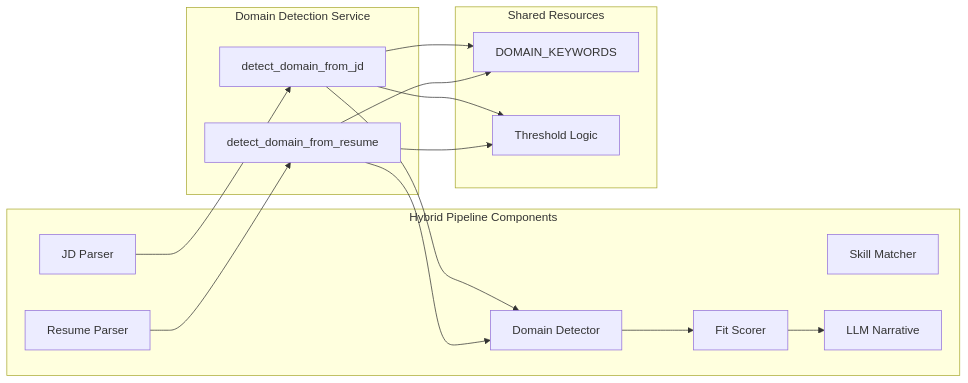
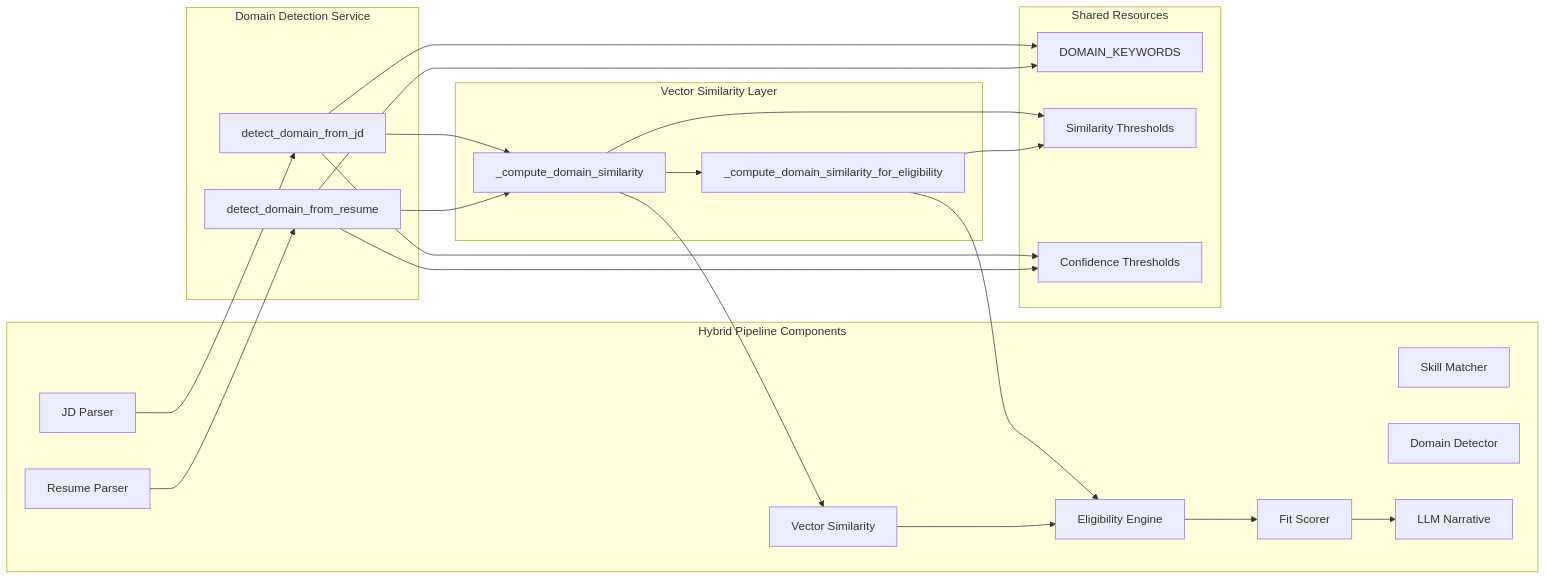
One commit to Revanththetalogics/aireume changed the fifth of 6 diagrams in .qoder/repowiki/en/content/Analysis Engine/Domain Detection Service.md. Above: the diagram before and after it, drawn with Mermaid. The commit also changed other lines of this file and 41 other files, not shown here.

````diff
--- a/.qoder/repowiki/en/content/Analysis Engine/Domain Detection Service.md
+++ b/.qoder/repowiki/en/content/Analysis Engine/Domain Detection Service.md
@@ -219,29 +265,42 @@
 ```mermaid
 graph LR
 subgraph "Hybrid Pipeline Components"
 HP1[JD Parser]
 HP2[Resume Parser]
 HP3[Skill Matcher]
 HP4[Domain Detector]
-HP5[Fit Scorer]
-HP6[LLM Narrative]
+HP5[Vector Similarity]
+HP6[Eligibility Engine]
+HP7[Fit Scorer]
+HP8[LLM Narrative]
 end
 subgraph "Domain Detection Service"
 DS1[detect_domain_from_jd]
 DS2[detect_domain_from_resume]
 end
+subgraph "Vector Similarity Layer"
+VS1[_compute_domain_similarity]
+VS2[_compute_domain_similarity_for_eligibility]
+end
 subgraph "Shared Resources"
 KW[DOMAIN_KEYWORDS]
-TH[Threshold Logic]
+TH[Similarity Thresholds]
+TH2[Confidence Thresholds]
 end
 HP1 --> DS1
 HP2 --> DS2
 DS1 --> KW
 DS2 --> KW
-DS1 --> TH
-DS2 --> TH
-DS1 --> HP4
-DS2 --> HP4
-HP4 --> HP5
+DS1 --> VS1
+DS2 --> VS1
+VS1 --> VS2
+VS1 --> TH
+VS2 --> TH
+DS1 --> TH2
+DS2 --> TH2
+VS1 --> HP5
+VS2 --> HP6
 HP5 --> HP6
+HP6 --> HP7
+HP7 --> HP8
 ```
````
